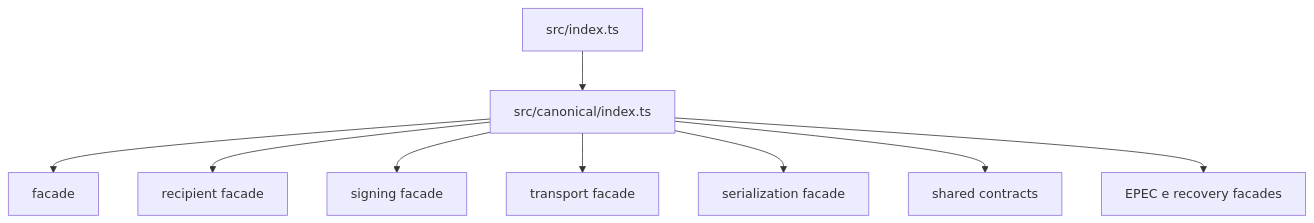
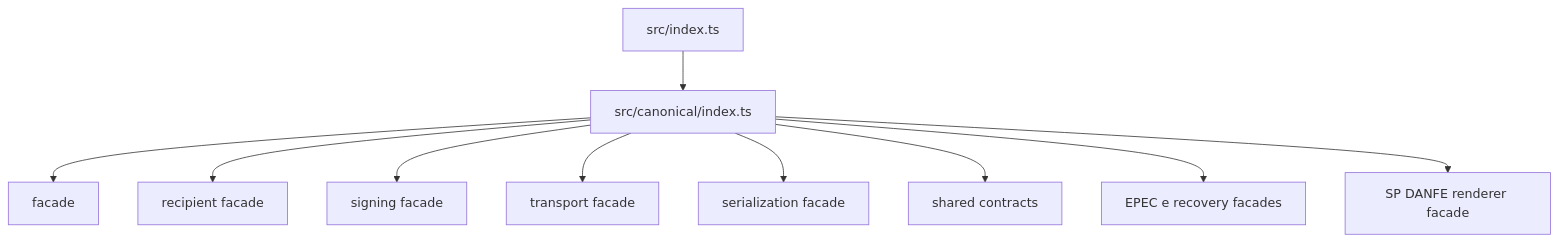
Before and after one commit to linkiez/nfe_sdk: the diagram in src/canonical/index.doc.md, drawn with Mermaid. The commit also changed other lines of this file and 59 other files, not shown here.

````diff
--- a/src/canonical/index.doc.md
+++ b/src/canonical/index.doc.md
@@ -27,11 +29,12 @@
 ```mermaid
 flowchart TD
   A[src/index.ts] --> B[src/canonical/index.ts]
   B --> C[facade]
   B --> D[recipient facade]
   B --> E[signing facade]
   B --> F[transport facade]
   B --> G[serialization facade]
   B --> H[shared contracts]
   B --> I[EPEC e recovery facades]
+  B --> J[SP DANFE renderer facade]
 ```
````
